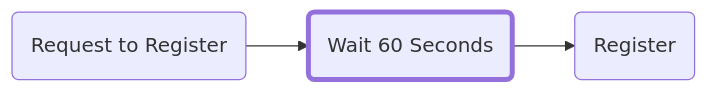
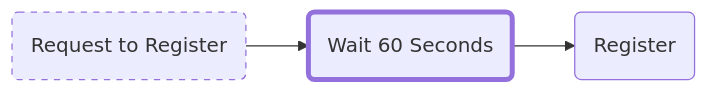
The third of 4 diagrams in docs/tutorials/registration.mdx (ensdomains/ens-support-docs), drawn with Mermaid before and after one commit. The commit also changed other lines of this file and 19 other files, not shown here.

````diff
--- a/docs/tutorials/registration.mdx
+++ b/docs/tutorials/registration.mdx
@@ -96,19 +96,20 @@
 ```mermaid
 %%{
   init: {
     'flowchart': {
       'curve': 'linear'
       } } }%%
       
 graph LR;
 A(Request to Register);
 B(Wait 60 Seconds);
 C(Register);
 
 classDef active stroke-width:4px;
 classDef inactive stroke-dasharray: 5 5;
 
+class A inactive;
 class B active;
 
 A-->B-->C;
 ```
````
